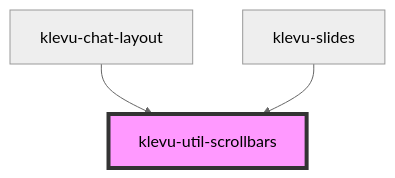
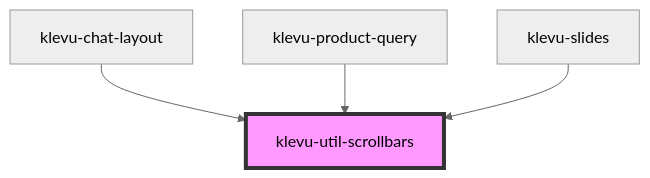
Before and after one commit to klevultd/frontend-sdk: the diagram in packages/klevu-ui/src/components/klevu-util-scrollbars/readme.md, drawn with Mermaid (neutral theme). The commit also changed other lines of this file and 10 other files, not shown here.

````diff
--- a/packages/klevu-ui/src/components/klevu-util-scrollbars/readme.md
+++ b/packages/klevu-ui/src/components/klevu-util-scrollbars/readme.md
@@ -51,6 +52,7 @@
 ```mermaid
 graph TD;
   klevu-chat-layout --> klevu-util-scrollbars
+  klevu-product-query --> klevu-util-scrollbars
   klevu-slides --> klevu-util-scrollbars
   style klevu-util-scrollbars fill:#f9f,stroke:#333,stroke-width:4px
 ```
````
